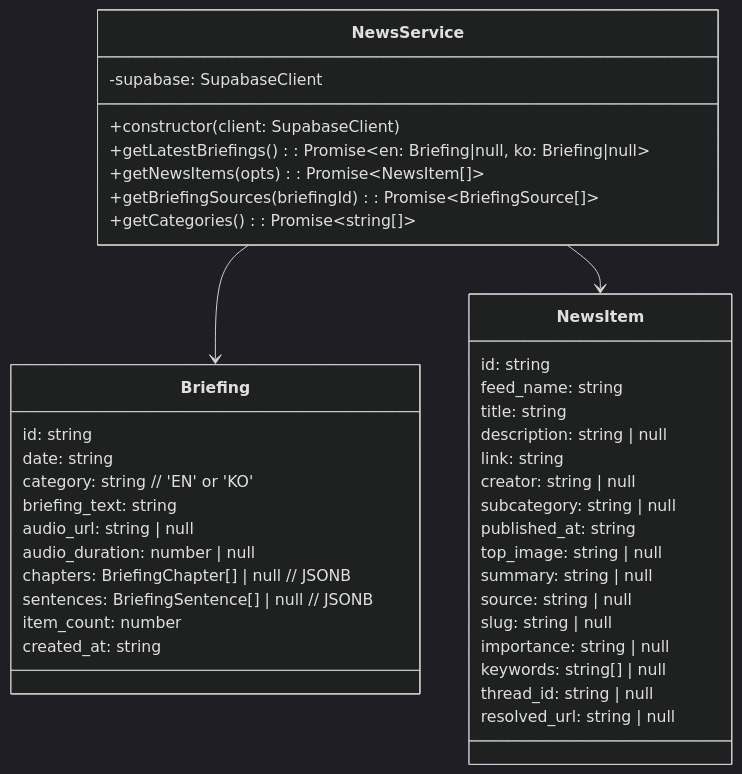
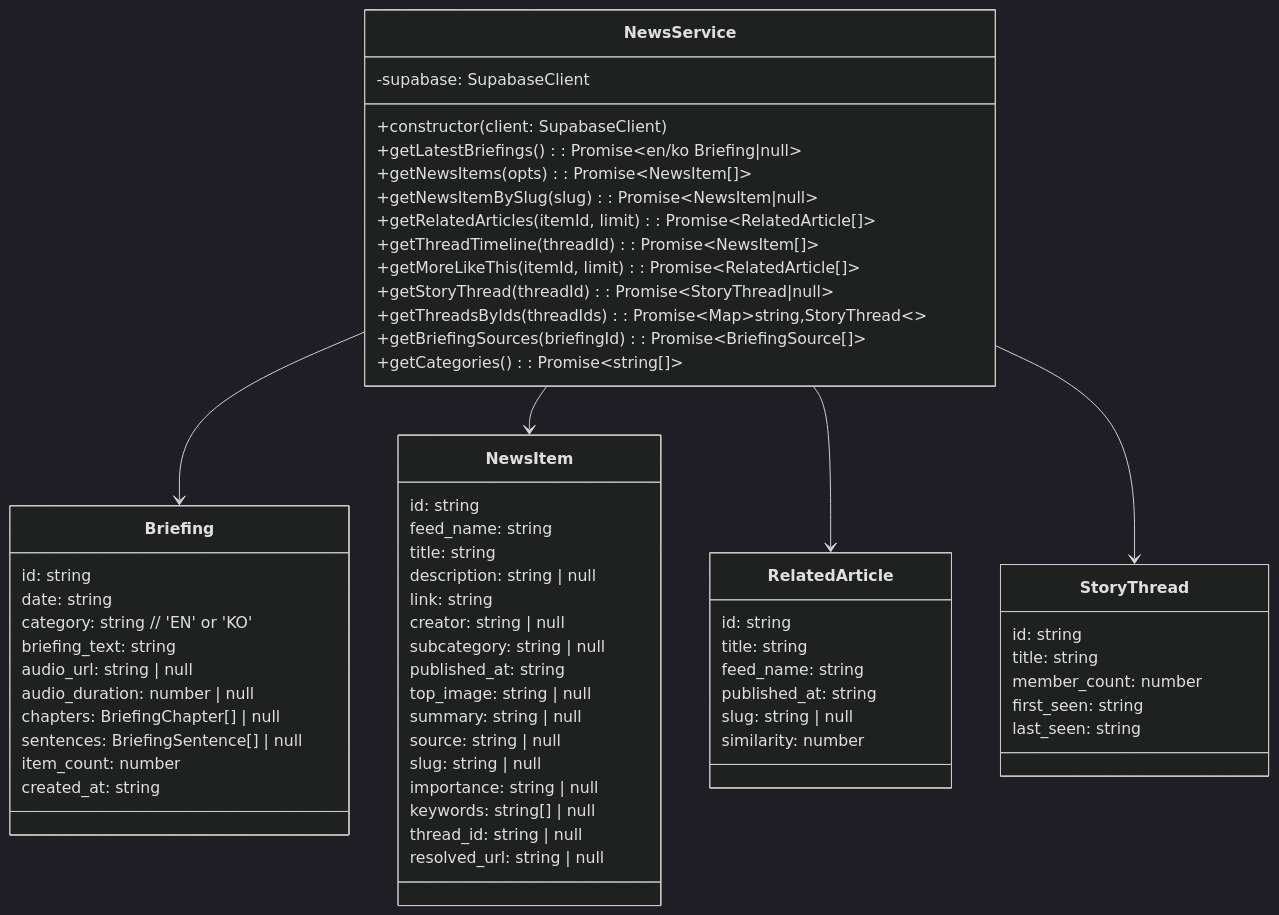
The fifth of 6 diagrams in docs/4-news-frontend.md (choym92/araverus), drawn with Mermaid (dark theme) before and after one commit. The commit also changed other lines of this file and 16 other files, not shown here.

````diff
--- a/docs/4-news-frontend.md
+++ b/docs/4-news-frontend.md
@@ -259,46 +433,71 @@
 ```mermaid
 classDiagram
     class NewsService {
         -supabase: SupabaseClient
         +constructor(client: SupabaseClient)
-        +getLatestBriefings(): Promise~en: Briefing|null, ko: Briefing|null~
+        +getLatestBriefings(): Promise~en/ko Briefing|null~
         +getNewsItems(opts): Promise~NewsItem[]~
+        +getNewsItemBySlug(slug): Promise~NewsItem|null~
+        +getRelatedArticles(itemId, limit): Promise~RelatedArticle[]~
+        +getThreadTimeline(threadId): Promise~NewsItem[]~
+        +getMoreLikeThis(itemId, limit): Promise~RelatedArticle[]~
+        +getStoryThread(threadId): Promise~StoryThread|null~
+        +getThreadsByIds(threadIds): Promise~Map~string,StoryThread~~
         +getBriefingSources(briefingId): Promise~BriefingSource[]~
         +getCategories(): Promise~string[]~
     }
 
     class Briefing {
         id: string
         date: string
         category: string  // 'EN' or 'KO'
         briefing_text: string
         audio_url: string | null
         audio_duration: number | null
-        chapters: BriefingChapter[] | null  // JSONB
-        sentences: BriefingSentence[] | null  // JSONB
+        chapters: BriefingChapter[] | null
+        sentences: BriefingSentence[] | null
         item_count: number
         created_at: string
     }
 
     class NewsItem {
         id: string
         feed_name: string
         title: string
         description: string | null
         link: string
         creator: string | null
         subcategory: string | null
         published_at: string
         top_image: string | null
         summary: string | null
         source: string | null
         slug: string | null
         importance: string | null
         keywords: string[] | null
         thread_id: string | null
         resolved_url: string | null
     }
 
+    class RelatedArticle {
+        id: string
+        title: string
+        feed_name: string
+        published_at: string
+        slug: string | null
+        similarity: number
+    }
+
+    class StoryThread {
+        id: string
+        title: string
+        member_count: number
+        first_seen: string
+        last_seen: string
+    }
+
     NewsService --> Briefing
     NewsService --> NewsItem
+    NewsService --> RelatedArticle
+    NewsService --> StoryThread
 ```
````
